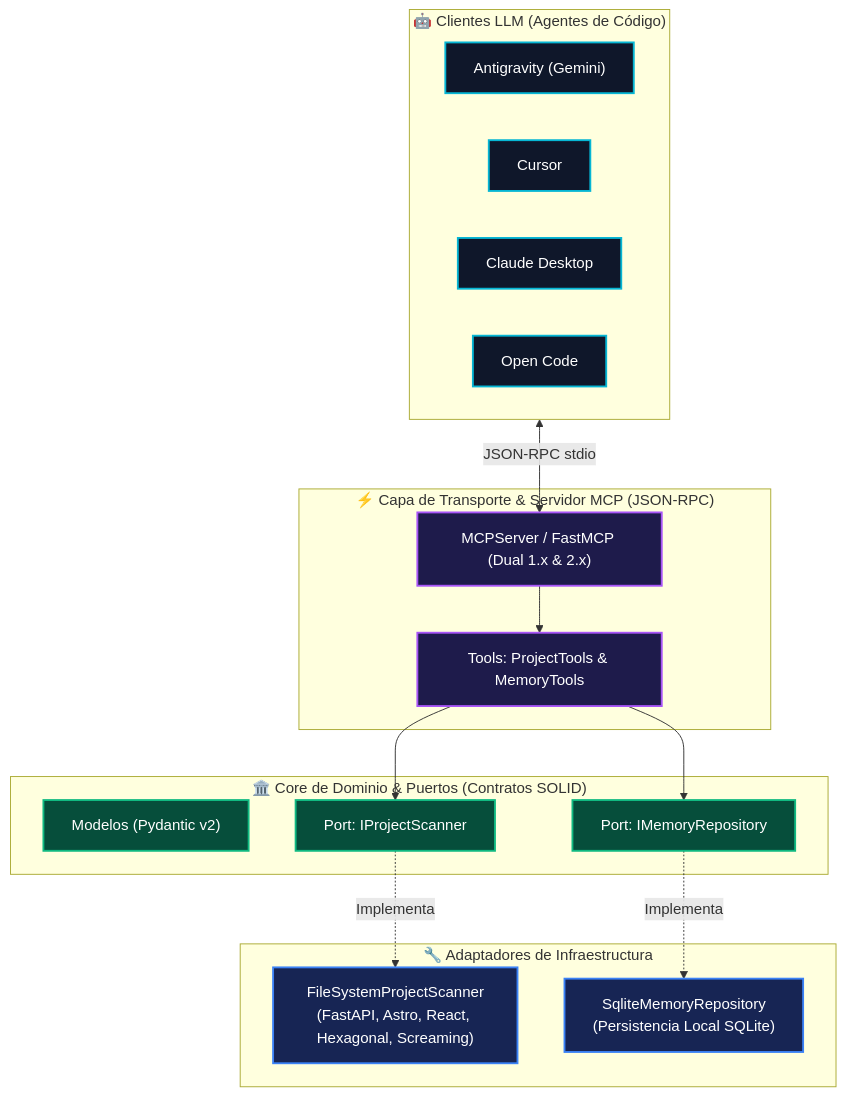
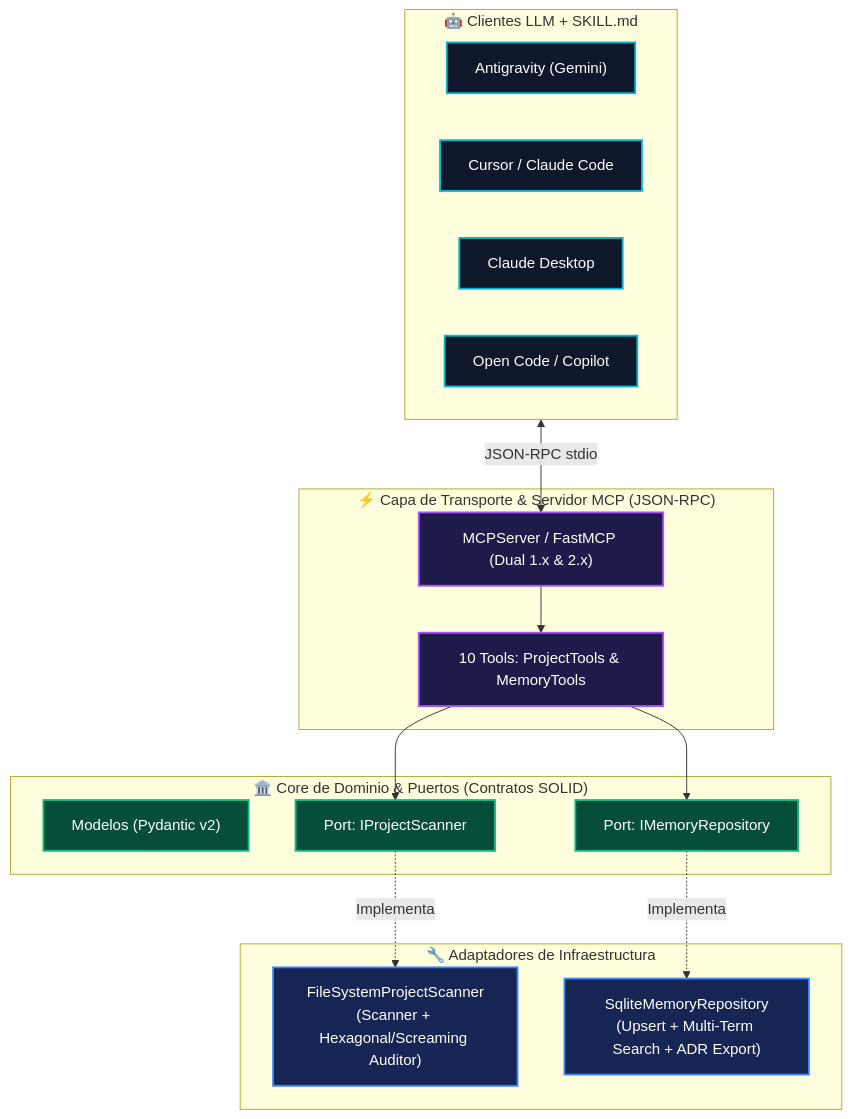
The diagram in README.md (ezequiel-dev93/dev-assistent-server-mcp), drawn with Mermaid before and after one commit. The commit also changed other lines of this file and 11 other files, not shown here.

Commit message:
feat: add SKILL.md, architecture auditor, ADR export, SQLite upsert & proprietary license

````diff
--- a/README.md
+++ b/README.md
@@ -27,37 +30,37 @@
 ```mermaid
 flowchart TD
     classDef clientStyle fill:#0f172a,stroke:#06b6d4,stroke-width:2px,color:#fff;
     classDef transportStyle fill:#1e1b4b,stroke:#a855f7,stroke-width:2px,color:#fff;
     classDef coreStyle fill:#064e3b,stroke:#10b981,stroke-width:2px,color:#fff;
     classDef infraStyle fill:#172554,stroke:#3b82f6,stroke-width:2px,color:#fff;
 
-    subgraph LLMClients["🤖 Clientes LLM (Agentes de Código)"]
+    subgraph LLMClients["🤖 Clientes LLM + SKILL.md"]
         A["Antigravity (Gemini)"]:::clientStyle
-        B["Cursor"]:::clientStyle
+        B["Cursor / Claude Code"]:::clientStyle
         C["Claude Desktop"]:::clientStyle
-        D["Open Code"]:::clientStyle
+        D["Open Code / Copilot"]:::clientStyle
     end
 
     subgraph TransportLayer["⚡ Capa de Transporte & Servidor MCP (JSON-RPC)"]
         FastMCP["MCPServer / FastMCP (Dual 1.x & 2.x)"]:::transportStyle
-        Tools["Tools: ProjectTools & MemoryTools"]:::transportStyle
+        Tools["10 Tools: ProjectTools & MemoryTools"]:::transportStyle
     end
 
     subgraph HexagonalCore["🏛️ Core de Dominio & Puertos (Contratos SOLID)"]
         Models["Modelos (Pydantic v2)"]:::coreStyle
         IPS["Port: IProjectScanner"]:::coreStyle
         IMR["Port: IMemoryRepository"]:::coreStyle
     end
 
     subgraph Infrastructure["🔧 Adaptadores de Infraestructura"]
-        FSScanner["FileSystemProjectScanner<br/>(FastAPI, Astro, React, Hexagonal, Screaming)"]:::infraStyle
-        SQLite["SqliteMemoryRepository<br/>(Persistencia Local SQLite)"]:::infraStyle
+        FSScanner["FileSystemProjectScanner<br/>(Scanner + Hexagonal/Screaming Auditor)"]:::infraStyle
+        SQLite["SqliteMemoryRepository<br/>(Upsert + Multi-Term Search + ADR Export)"]:::infraStyle
     end
 
     LLMClients <-->|JSON-RPC stdio| FastMCP
     FastMCP --> Tools
     Tools --> IPS
     Tools --> IMR
     IPS -.->|Implementa| FSScanner
     IMR -.->|Implementa| SQLite
 ```
````
